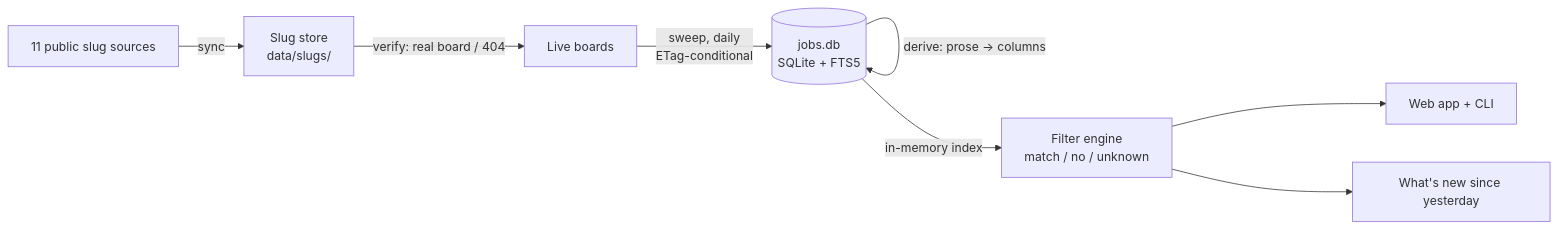
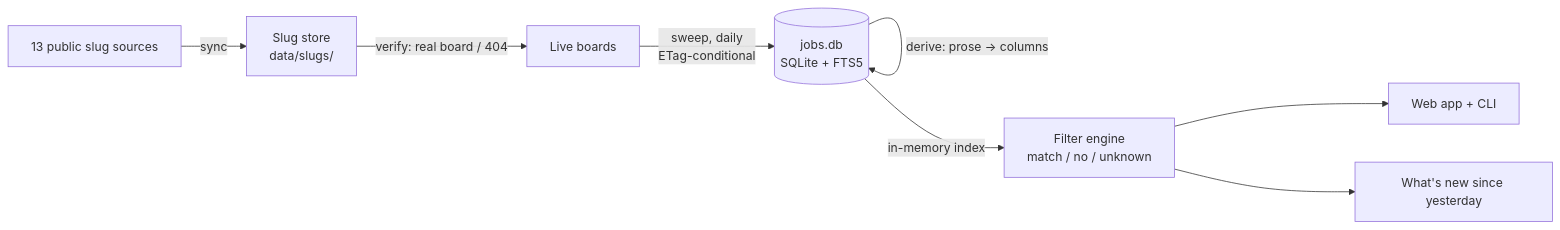
The diagram in README.md (ElliotGbaum/upstreamit), drawn with Mermaid before and after one commit. The commit also changed other lines of this file and 2 other files, not shown here.

````diff
--- a/README.md
+++ b/README.md
@@ -45,10 +45,10 @@
 ```mermaid
 flowchart LR
-  A[11 public slug sources] -->|sync| B[Slug store<br/>data/slugs/]
+  A[13 public slug sources] -->|sync| B[Slug store<br/>data/slugs/]
   B -->|verify: real board / 404| C[Live boards]
   C -->|sweep, daily<br/>ETag-conditional| D[(jobs.db<br/>SQLite + FTS5)]
   D -->|derive: prose → columns| D
   D -->|in-memory index| E[Filter engine<br/>match / no / unknown]
   E --> F[Web app + CLI]
   E --> G["What's new since yesterday"]
 ```
````
